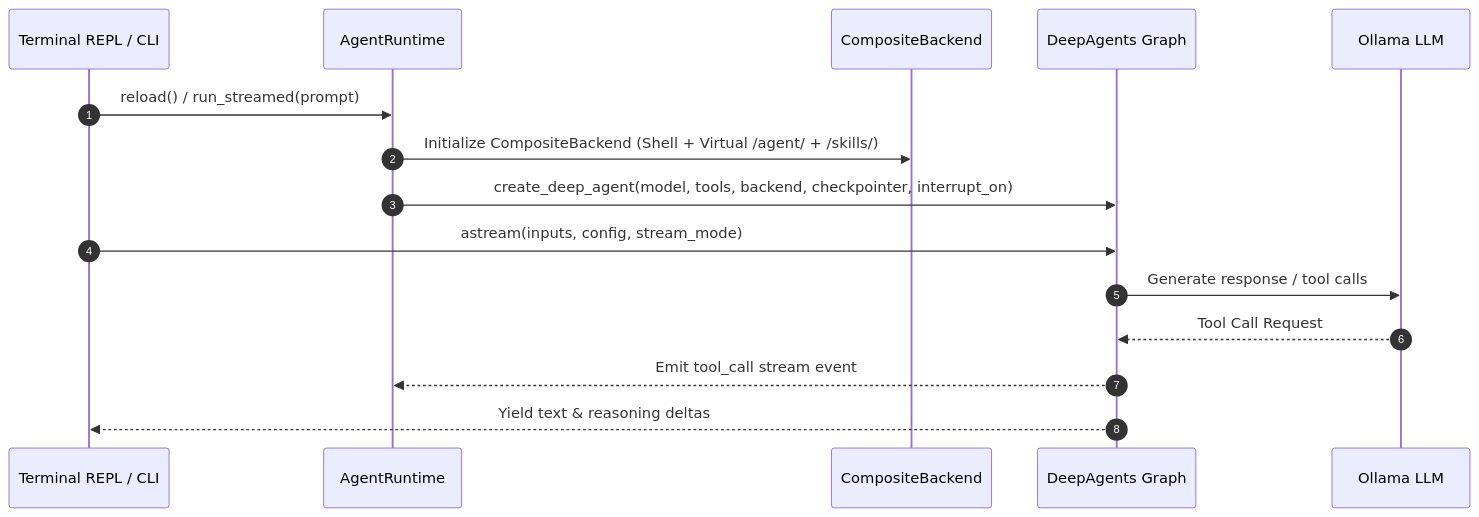
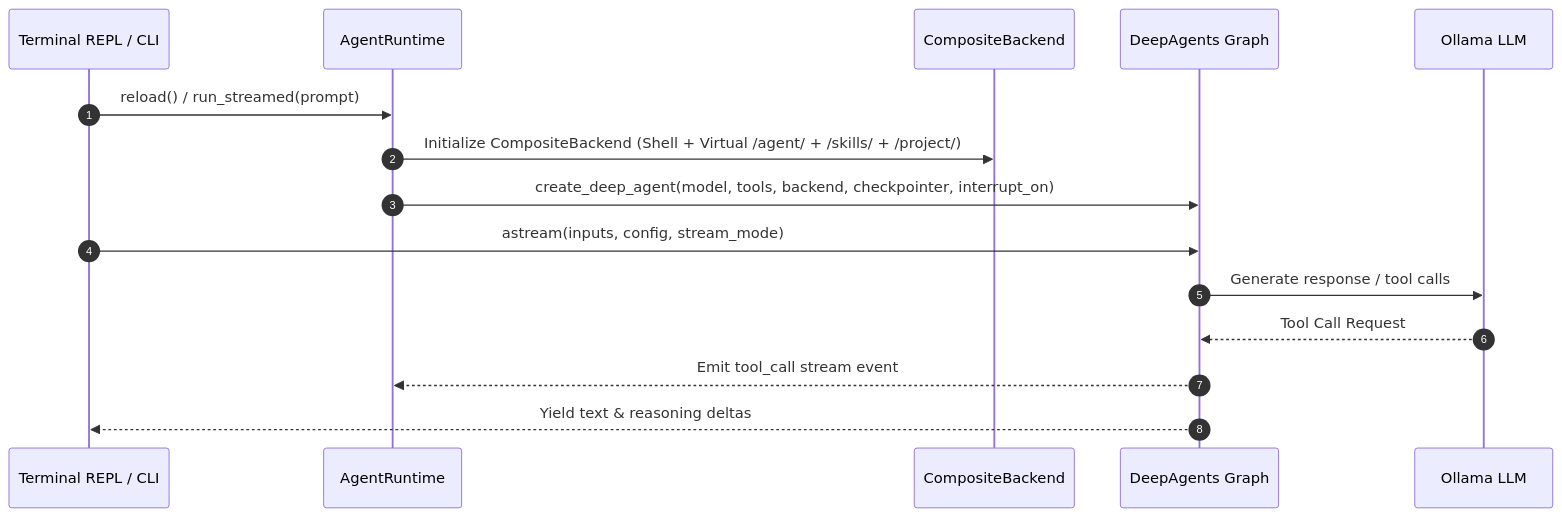
Before and after one commit to arrase/ollama-agent: the second of 6 diagrams in docs/architecture.md, drawn with Mermaid. The commit also changed other lines of this file and 11 other files, not shown here.

````diff
--- a/docs/architecture.md
+++ b/docs/architecture.md
@@ -60,18 +60,18 @@
 ```mermaid
 sequenceDiagram
     autonumber
     participant UI as Terminal REPL / CLI
     participant Runtime as AgentRuntime
     participant Backend as CompositeBackend
     participant Graph as DeepAgents Graph
     participant LLM as Ollama LLM
 
     UI->>Runtime: reload() / run_streamed(prompt)
-    Runtime->>Backend: Initialize CompositeBackend (Shell + Virtual /agent/ + /skills/)
+    Runtime->>Backend: Initialize CompositeBackend (Shell + Virtual /agent/ + /skills/ + /project/)
     Runtime->>Graph: create_deep_agent(model, tools, backend, checkpointer, interrupt_on)
     UI->>Graph: astream(inputs, config, stream_mode)
     Graph->>LLM: Generate response / tool calls
     LLM-->>Graph: Tool Call Request
     Graph-->>Runtime: Emit tool_call stream event
     Graph-->>UI: Yield text & reasoning deltas
 ```
````
